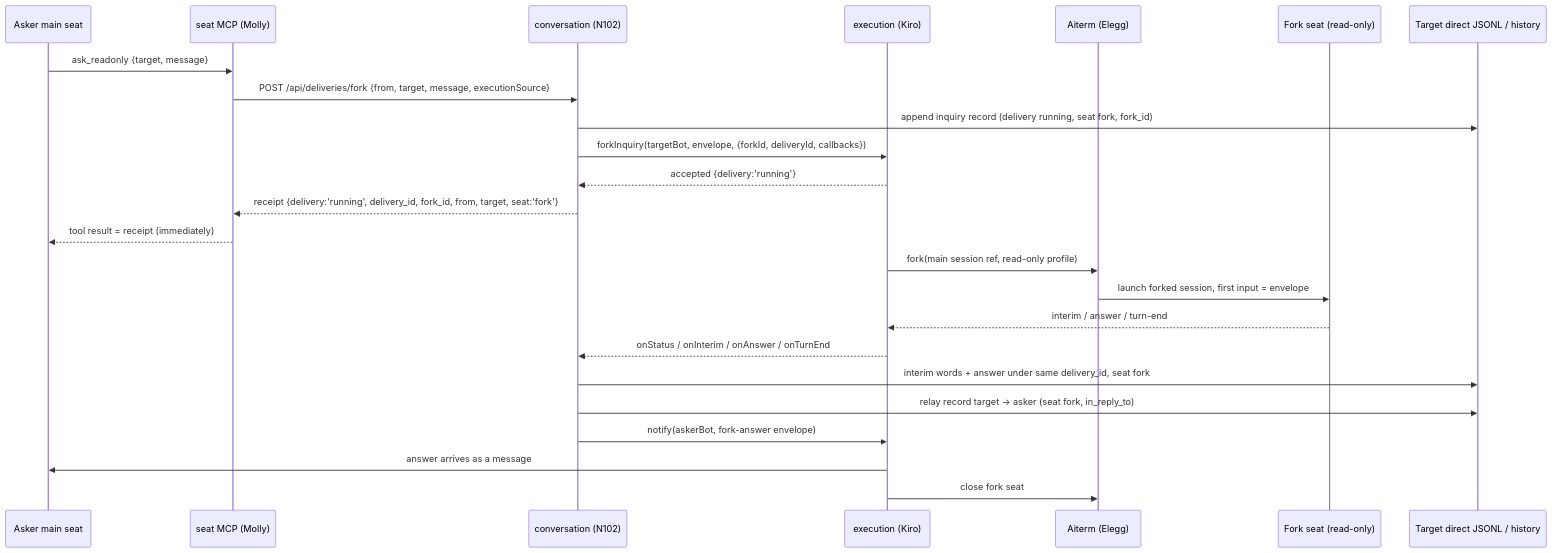
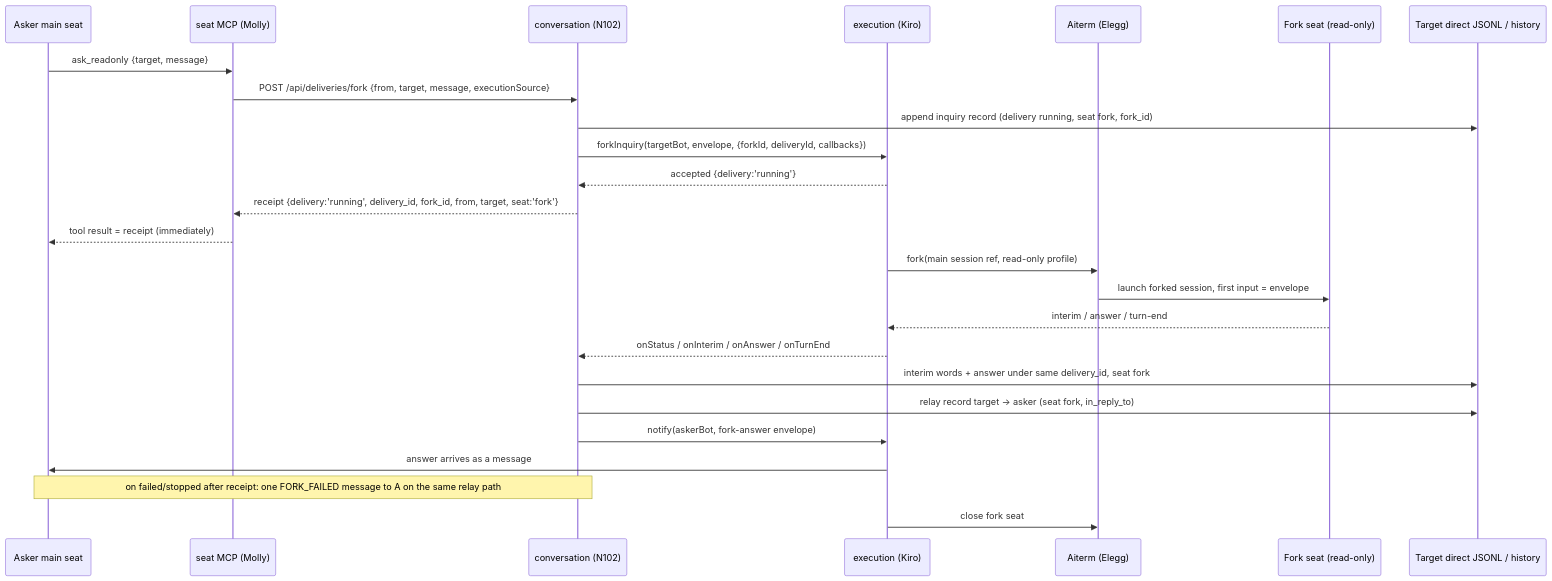
The second of 3 diagrams in docs/architecture/modules/conversation/fork-inquiry.md (kitepon/BellTeam), drawn with Mermaid before and after one commit. The commit also changed other lines of this file and 1 other file, not shown here.

Commit message:
Apply Root review to fork inquiry design: no remote refusal, FORK_FAILED relay, rulings 1-5

````diff
--- a/docs/architecture/modules/conversation/fork-inquiry.md
+++ b/docs/architecture/modules/conversation/fork-inquiry.md
@@ -51,26 +51,27 @@
 ```mermaid
 sequenceDiagram
   participant A as Asker main seat
   participant M as seat MCP (Molly)
   participant C as conversation (N102)
   participant X as execution (Kiro)
   participant N as Aiterm (Elegg)
   participant F as Fork seat (read-only)
   participant H as Target direct JSONL / history
   A->>M: ask_readonly {target, message}
   M->>C: POST /api/deliveries/fork {from, target, message, executionSource}
   C->>H: append inquiry record (delivery running, seat fork, fork_id)
   C->>X: forkInquiry(targetBot, envelope, {forkId, deliveryId, callbacks})
   X-->>C: accepted {delivery:'running'}
   C-->>M: receipt {delivery:'running', delivery_id, fork_id, from, target, seat:'fork'}
   M-->>A: tool result = receipt (immediately)
   X->>N: fork(main session ref, read-only profile)
   N->>F: launch forked session, first input = envelope
   F-->>X: interim / answer / turn-end
   X-->>C: onStatus / onInterim / onAnswer / onTurnEnd
   C->>H: interim words + answer under same delivery_id, seat fork
   C->>H: relay record target -> asker (seat fork, in_reply_to)
   C->>X: notify(askerBot, fork-answer envelope)
   X->>A: answer arrives as a message
+  Note over C,A: on failed/stopped after receipt: one FORK_FAILED message to A on the same relay path
   X->>N: close fork seat
 ```
````
